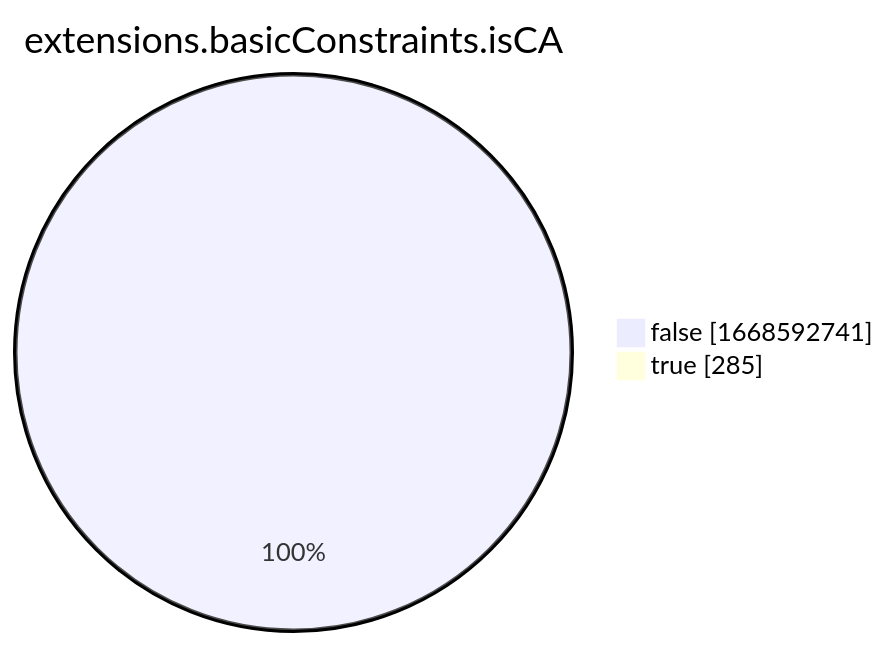
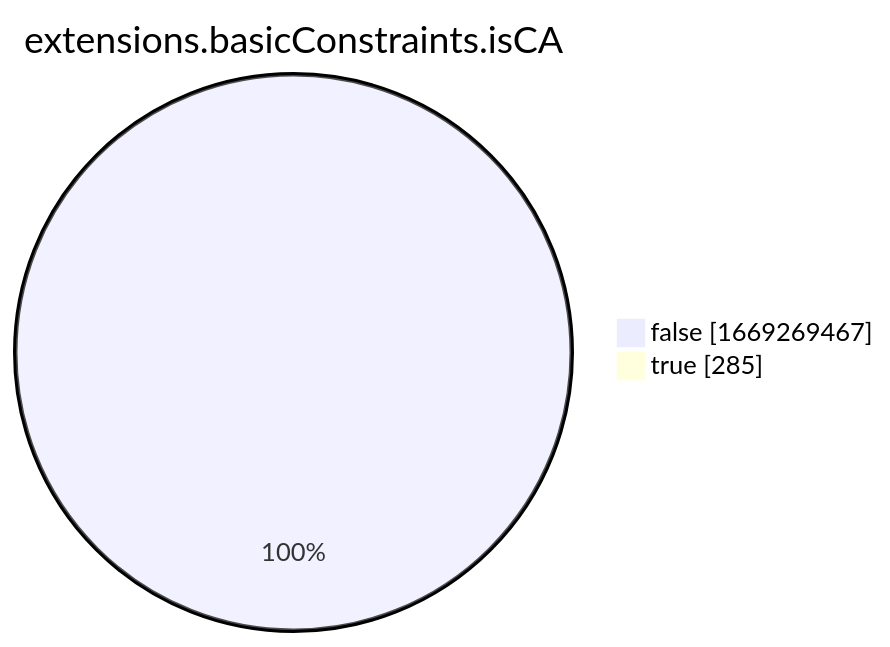
Before and after one commit to christiankrug/ctmonitor_visualization: the eighth of 15 diagrams in xenon2022/README.md, drawn with Mermaid. The commit also changed other lines of this file, not shown here.

````diff
--- a/xenon2022/README.md
+++ b/xenon2022/README.md
@@ -2865,6 +2865,6 @@
 ```mermaid
 pie showData
 title extensions.basicConstraints.isCA
-"false" :1668592741
+"false" :1669269467
 "true" :285
 ```
````
